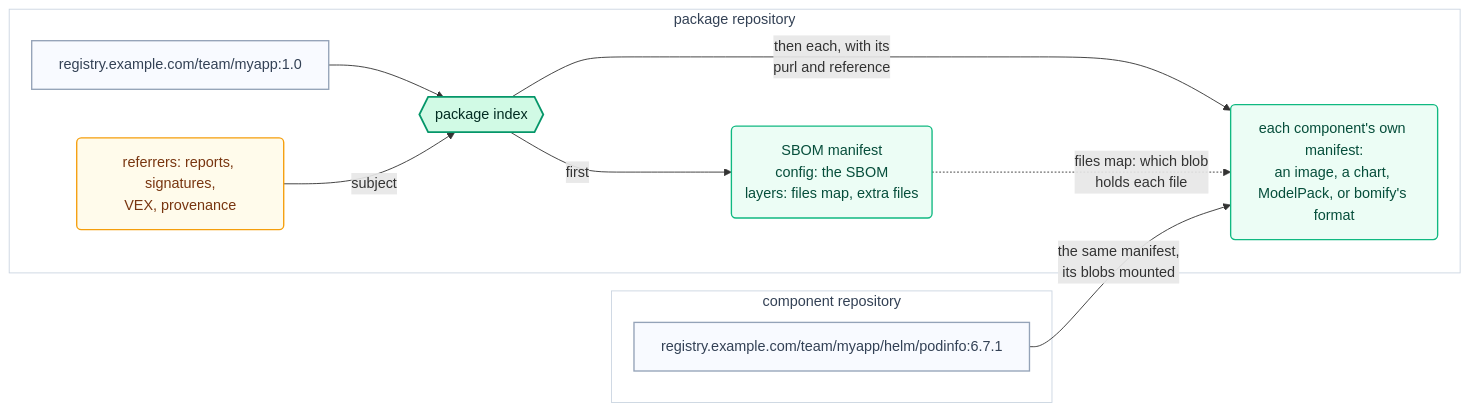
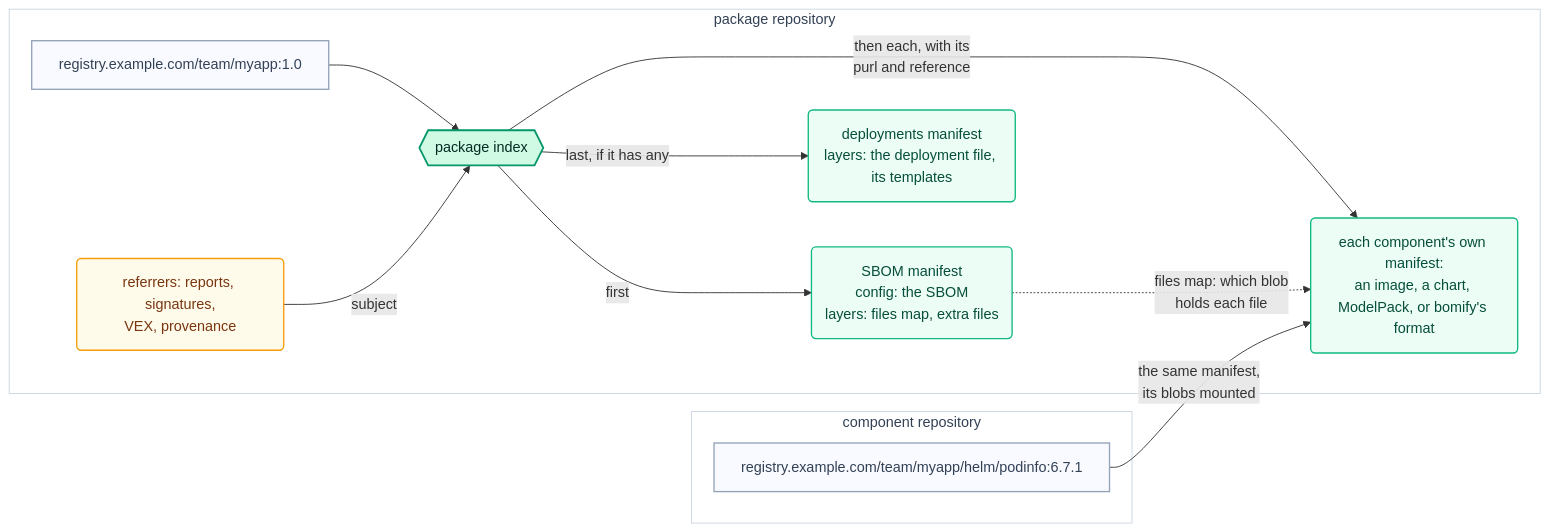
The diagram in docs/diagrams/registry-layout.mmd (alejandro-velasco/bomify), drawn with Mermaid before and after one commit. The commit also changed 23 other files, not shown here.

```diff
--- a/docs/diagrams/registry-layout.mmd
+++ b/docs/diagrams/registry-layout.mmd
@@ -1,31 +1,33 @@
 flowchart LR
     classDef ref fill:#F8FAFF,stroke:#94A3B8,stroke-width:1.5px,color:#334155
     classDef index fill:#D1FAE5,stroke:#059669,stroke-width:2px,color:#022c22
     classDef manifest fill:#ECFDF5,stroke:#10B981,stroke-width:1.5px,color:#064e3b
     classDef referrer fill:#FFFBEB,stroke:#F59E0B,stroke-width:1.5px,color:#78350f
 
     subgraph Repo["package repository"]
         Tag["registry.example.com/team/myapp:1.0"]
         Index{{"package index"}}
         SBOM("SBOM manifest<br/>config: the SBOM<br/>layers: files map, extra files")
         Components("each component's own manifest:<br/>an image, a chart, ModelPack, or bomify's format")
+        Deployments("deployments manifest<br/>layers: the deployment file, its templates")
         Referrers("referrers: reports, signatures,<br/>VEX, provenance")
     end
 
     subgraph Alias["component repository"]
         AliasTag["registry.example.com/team/myapp/helm/podinfo:6.7.1"]
     end
 
     Tag --> Index
     Index -- "first" --> SBOM
     Index -- "then each, with its<br/>purl and reference" --> Components
+    Index -- "last, if it has any" --> Deployments
     SBOM -. "files map: which blob<br/>holds each file" .-> Components
     Referrers -- "subject" --> Index
     AliasTag -- "the same manifest,<br/>its blobs mounted" --> Components
 
     class Tag,AliasTag ref
     class Index index
-    class SBOM,Components manifest
+    class SBOM,Components,Deployments manifest
     class Referrers referrer
     style Repo fill:#FFFFFF,stroke:#CBD5E1,stroke-width:1px,color:#334155
     style Alias fill:#FFFFFF,stroke:#CBD5E1,stroke-width:1px,color:#334155
```
